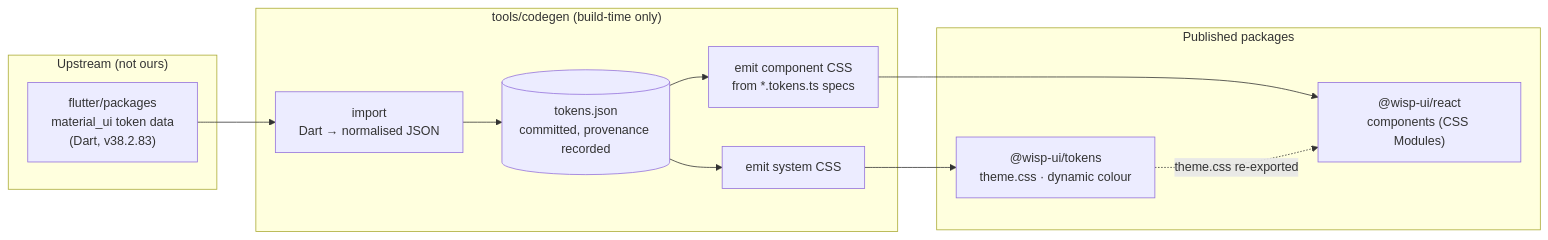
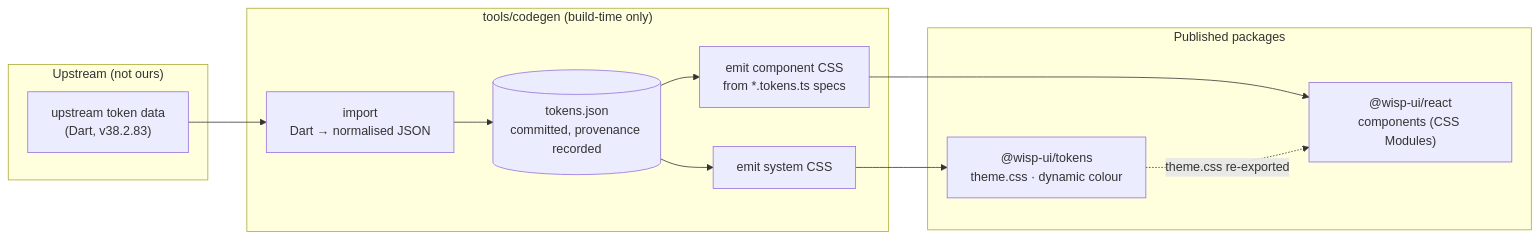
One commit to r007/wisp-ui changed the diagram in docs/architecture.md. Above: the diagram before and after it, drawn with Mermaid. The commit also changed other lines of this file and 50 other files, not shown here.

````diff
--- a/docs/architecture.md
+++ b/docs/architecture.md
@@ -7,23 +7,23 @@
 ```mermaid
 flowchart LR
   subgraph upstream["Upstream (not ours)"]
-    dart["flutter/packages<br/>material_ui token data<br/>(Dart, v38.2.83)"]
+    dart["upstream token data<br/>(Dart, v38.2.83)"]
   end
 
   subgraph codegen["tools/codegen (build-time only)"]
     import["import<br/>Dart → normalised JSON"]
     db[("tokens.json<br/>committed, provenance recorded")]
     sys["emit system CSS"]
     comp["emit component CSS<br/>from *.tokens.ts specs"]
   end
 
   subgraph published["Published packages"]
     tokens["@wisp-ui/tokens<br/>theme.css · dynamic colour"]
     react["@wisp-ui/react<br/>components (CSS Modules)"]
   end
 
   dart --> import --> db
   db --> sys --> tokens
   db --> comp --> react
   tokens -. "theme.css re-exported" .-> react
 ```
````
